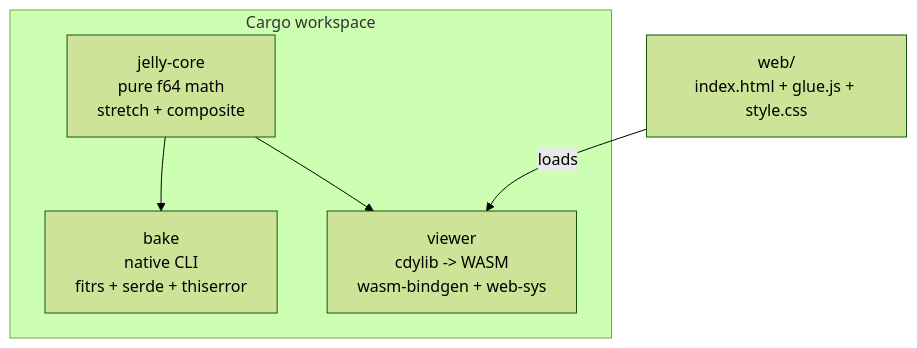
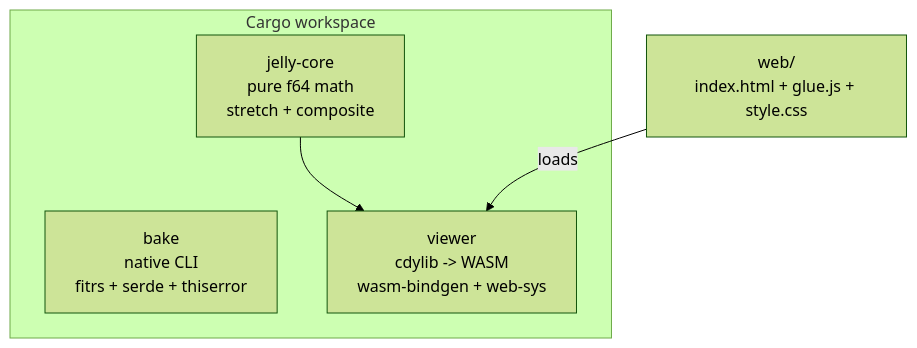
Before and after one commit to Edigueh/jellyscope-rs: the first of 2 diagrams in docs/02-components.md, drawn with Mermaid (forest theme). The commit also changed other lines of this file and 18 other files, not shown here.

````diff
--- a/docs/02-components.md
+++ b/docs/02-components.md
@@ -7,11 +7,10 @@
 ```mermaid
 flowchart TB
     subgraph Workspace[Cargo workspace]
         core[jelly-core<br/>pure f64 math<br/>stretch + composite]
         bake[bake<br/>native CLI<br/>fitrs + serde + thiserror]
         viewer[viewer<br/>cdylib -> WASM<br/>wasm-bindgen + web-sys]
     end
-    core --> bake
     core --> viewer
     web[web/<br/>index.html + glue.js + style.css] -->|loads| viewer
 ```
````
